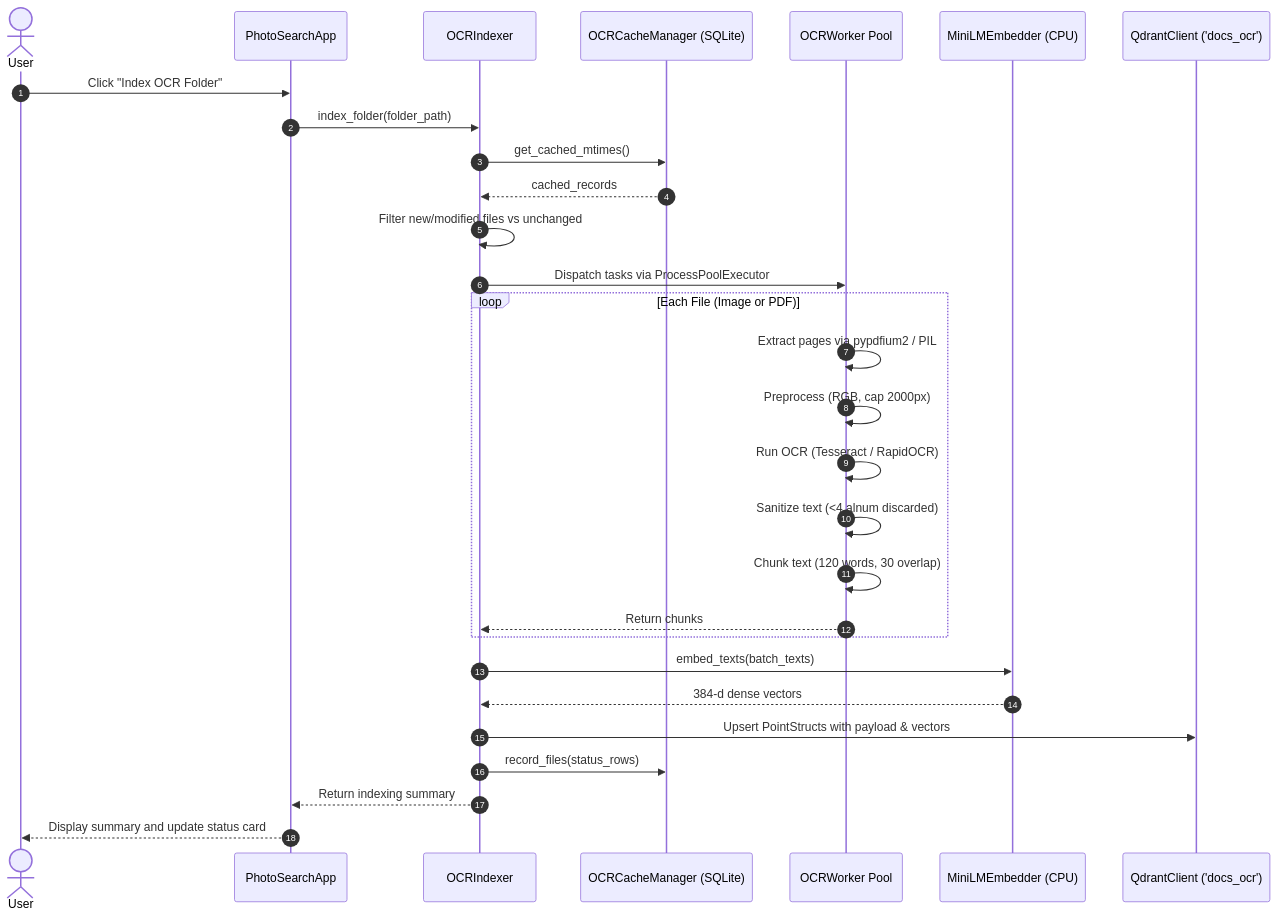
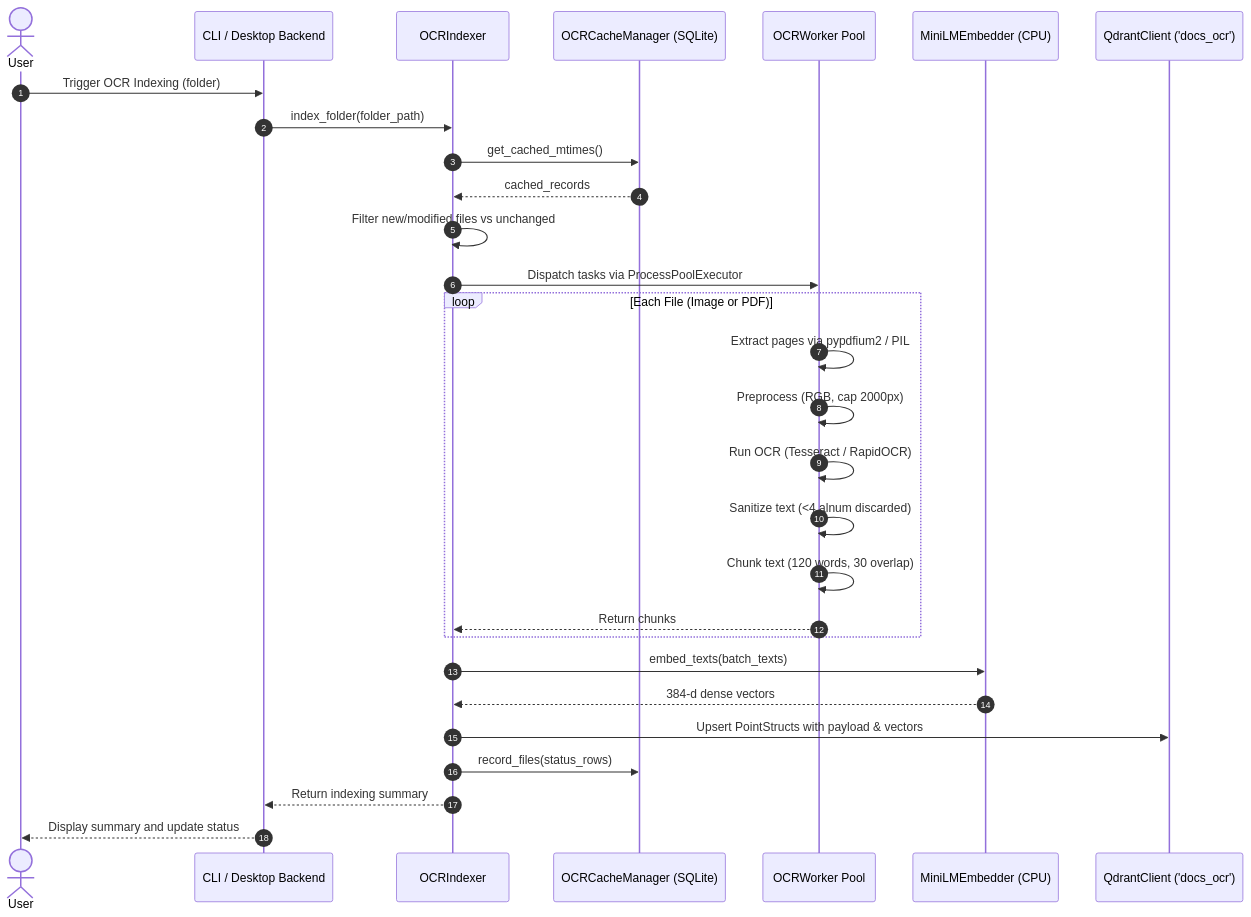
The second of 3 diagrams in CODE_STRUCTURE.md (sankar5302k/EmbedEye-desktop), drawn with Mermaid before and after one commit. The commit also changed other lines of this file and 574 other files, not shown here.

````diff
--- a/CODE_STRUCTURE.md
+++ b/CODE_STRUCTURE.md
@@ -220,32 +263,32 @@
 ```mermaid
 sequenceDiagram
     autonumber
     actor User
-    participant App as PhotoSearchApp
+    participant Caller as CLI / Desktop Backend
     participant Indexer as OCRIndexer
     participant Cache as OCRCacheManager (SQLite)
     participant Worker as OCRWorker Pool
     participant Embedder as MiniLMEmbedder (CPU)
     participant Qdrant as QdrantClient ('docs_ocr')
 
-    User->>App: Click "Index OCR Folder"
-    App->>Indexer: index_folder(folder_path)
+    User->>Caller: Trigger OCR Indexing (folder)
+    Caller->>Indexer: index_folder(folder_path)
     Indexer->>Cache: get_cached_mtimes()
     Cache-->>Indexer: cached_records
     Indexer->>Indexer: Filter new/modified files vs unchanged
     Indexer->>Worker: Dispatch tasks via ProcessPoolExecutor
     loop Each File (Image or PDF)
         Worker->>Worker: Extract pages via pypdfium2 / PIL
         Worker->>Worker: Preprocess (RGB, cap 2000px)
         Worker->>Worker: Run OCR (Tesseract / RapidOCR)
         Worker->>Worker: Sanitize text (<4 alnum discarded)
         Worker->>Worker: Chunk text (120 words, 30 overlap)
         Worker-->>Indexer: Return chunks
     end
     Indexer->>Embedder: embed_texts(batch_texts)
     Embedder-->>Indexer: 384-d dense vectors
     Indexer->>Qdrant: Upsert PointStructs with payload & vectors
     Indexer->>Cache: record_files(status_rows)
-    Indexer-->>App: Return indexing summary
-    App-->>User: Display summary and update status card
+    Indexer-->>Caller: Return indexing summary
+    Caller-->>User: Display summary and update status
 ```
````
